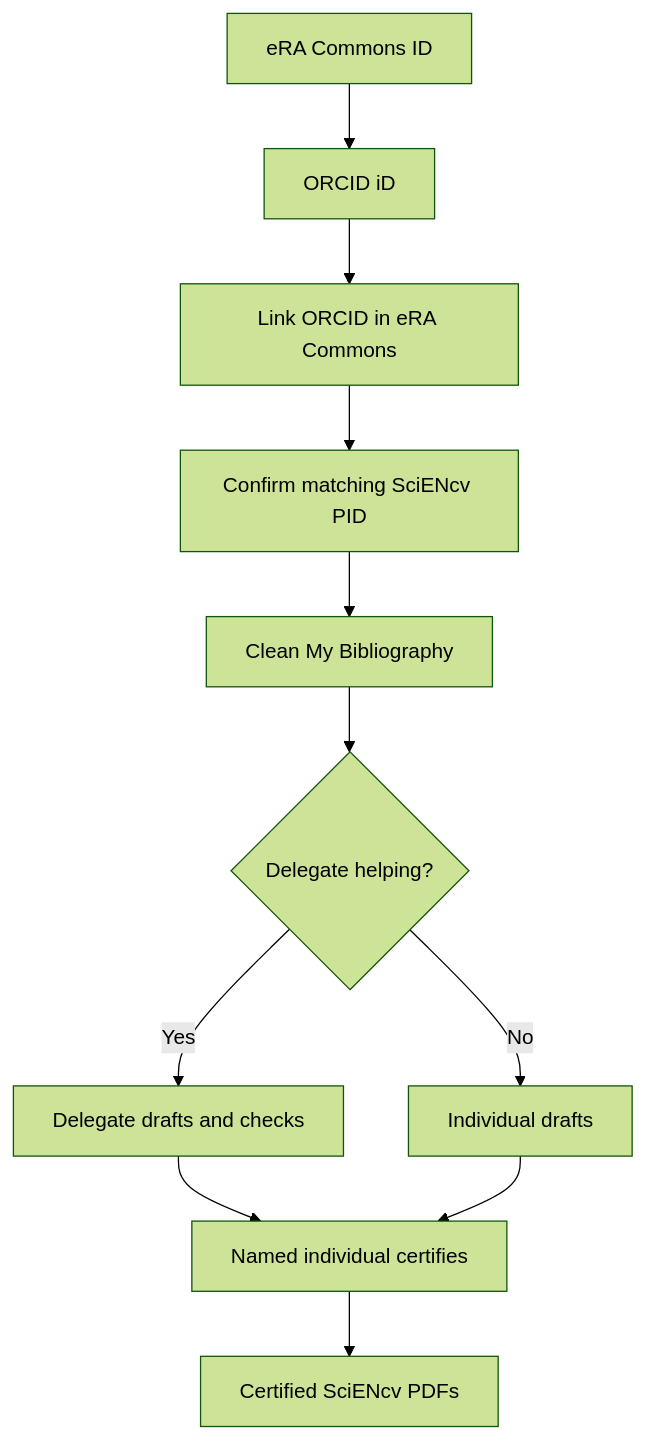
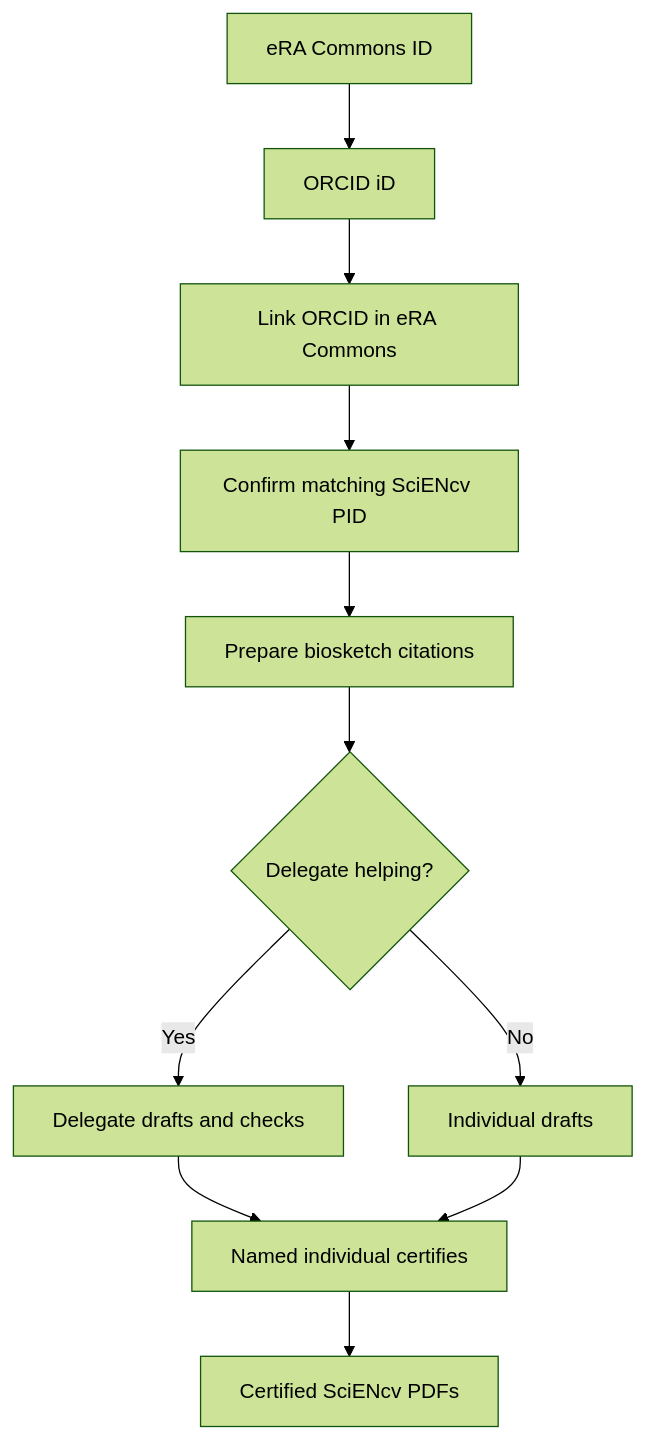
The diagram in docs/start-here.md (FritscheLab/nih-sciencv-playbook), drawn with Mermaid (forest theme) before and after one commit. The commit also changed other lines of this file and 40 other files, not shown here.

Commit message:
docs: publish SciENcv playbook v1.11

````diff
--- a/docs/start-here.md
+++ b/docs/start-here.md
@@ -22,15 +17,15 @@
 ```mermaid
 flowchart TD
-    accTitle: Minimum viable compliance path
-    accDescr: The minimum path links ORCID and eRA Commons, checks the SciENcv PID, cleans My Bibliography, drafts documents, and ends with individual certification.
+    accTitle: Account setup through individual certification
+    accDescr: Link ORCID and eRA Commons, check the SciENcv PID, prepare citations, and draft the forms individually or with delegated help. The named person signs in and certifies.
     A["eRA Commons ID"] --> B["ORCID iD"]
     B --> C["Link ORCID in eRA Commons"]
     C --> D["Confirm matching SciENcv PID"]
-    D --> E["Clean My Bibliography"]
+    D --> E["Prepare biosketch citations"]
     E --> F{"Delegate helping?"}
     F -- "Yes" --> G["Delegate drafts and checks"]
     F -- "No" --> H["Individual drafts"]
     G --> I["Named individual certifies"]
     H --> I
     I --> J["Certified SciENcv PDFs"]
 ```
````
